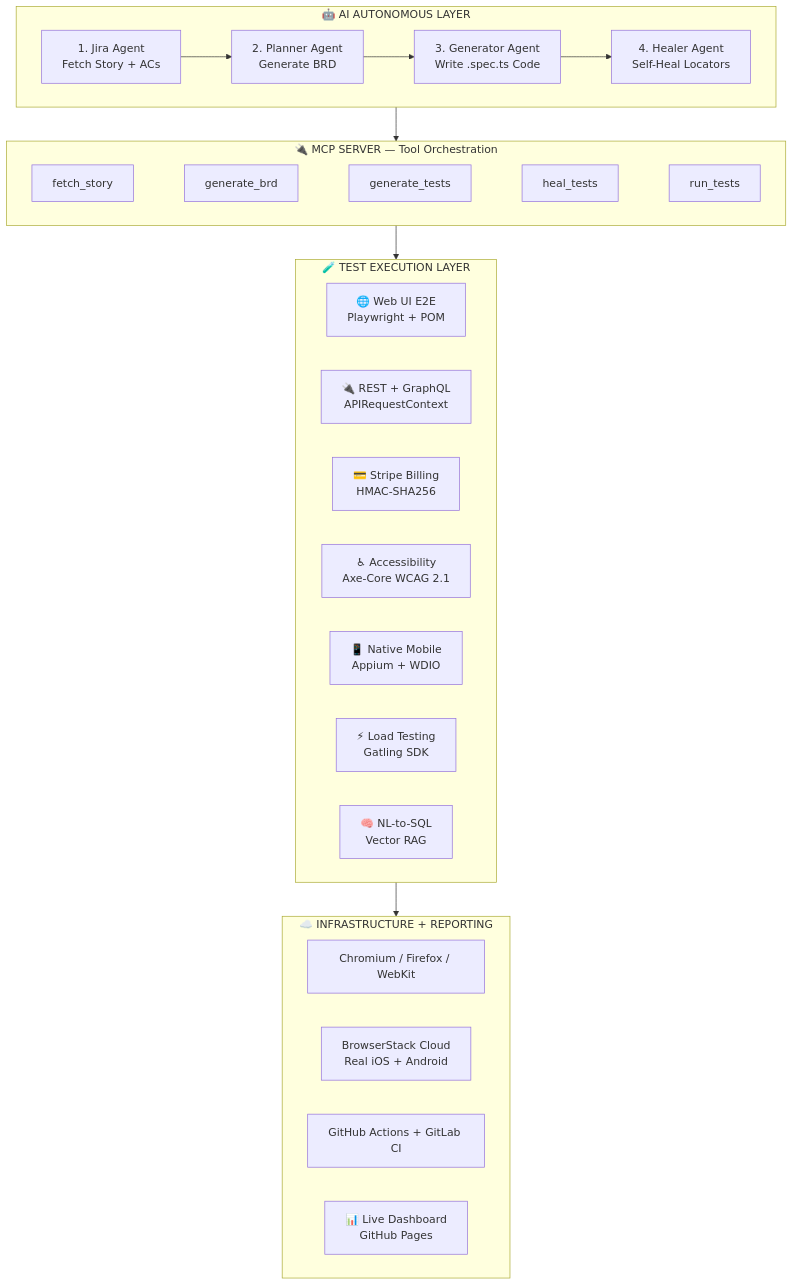
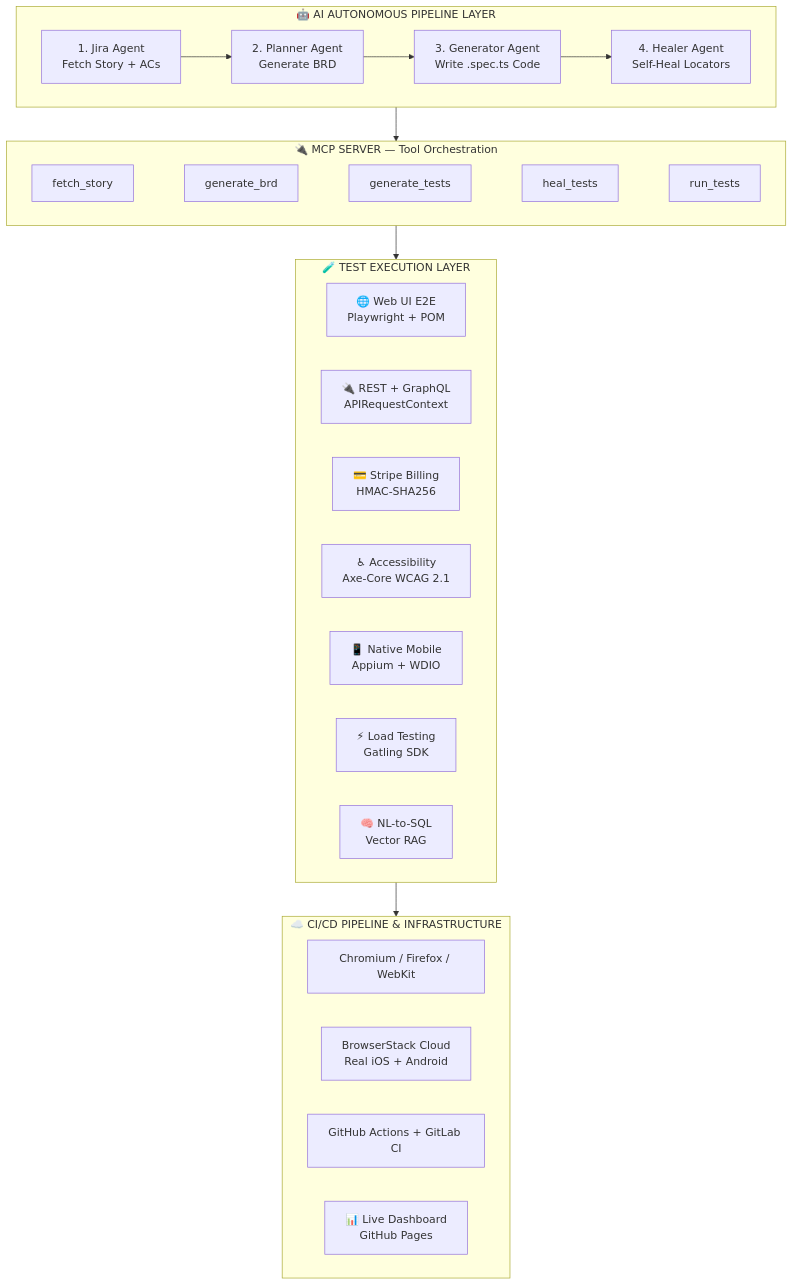
One commit to abhirise1981/ai-test-automation-platform changed the first of 2 diagrams in README.md. Above: the diagram before and after it, drawn with Mermaid.

Commit message:
docs: refine architecture diagram layer titles to explicitly highlight AI Pipeline and CI/CD Pipeline

````diff
--- a/README.md
+++ b/README.md
@@ -20,37 +20,37 @@
 ```mermaid
 graph TB
-    subgraph AI["🤖 AI AUTONOMOUS LAYER"]
+    subgraph AI["🤖 AI AUTONOMOUS PIPELINE LAYER"]
         direction LR
         JIRA["1. Jira Agent<br/>Fetch Story + ACs"] --> PLAN["2. Planner Agent<br/>Generate BRD"]
         PLAN --> GEN["3. Generator Agent<br/>Write .spec.ts Code"]
         GEN --> HEAL["4. Healer Agent<br/>Self-Heal Locators"]
     end
 
     subgraph MCP["🔌 MCP SERVER — Tool Orchestration"]
         direction LR
         T1["fetch_story"] ~~~ T2["generate_brd"] ~~~ T3["generate_tests"] ~~~ T4["heal_tests"] ~~~ T5["run_tests"]
     end
 
     subgraph EXEC["🧪 TEST EXECUTION LAYER"]
         direction LR
         WEB["🌐 Web UI E2E<br/>Playwright + POM"]
         APITST["🔌 REST + GraphQL<br/>APIRequestContext"]
         STRIPE["💳 Stripe Billing<br/>HMAC-SHA256"]
         A11Y["♿ Accessibility<br/>Axe-Core WCAG 2.1"]
         MOBILE["📱 Native Mobile<br/>Appium + WDIO"]
         PERF["⚡ Load Testing<br/>Gatling SDK"]
         NLSQL["🧠 NL-to-SQL<br/>Vector RAG"]
     end
 
-    subgraph INFRA["☁️ INFRASTRUCTURE + REPORTING"]
+    subgraph INFRA["☁️ CI/CD PIPELINE & INFRASTRUCTURE"]
         direction LR
         LOCAL["Chromium / Firefox / WebKit"]
         BS["BrowserStack Cloud<br/>Real iOS + Android"]
         CICD["GitHub Actions + GitLab CI"]
         RPT["📊 Live Dashboard<br/>GitHub Pages"]
     end
 
     AI --> MCP
     MCP --> EXEC
     EXEC --> INFRA
 ```
````
